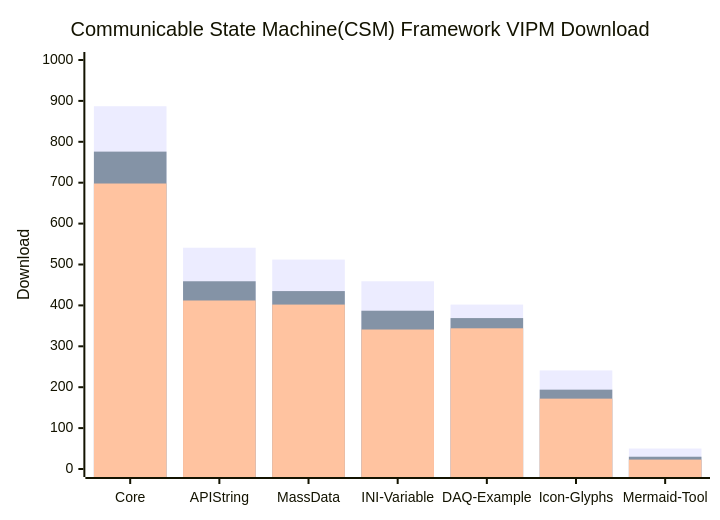
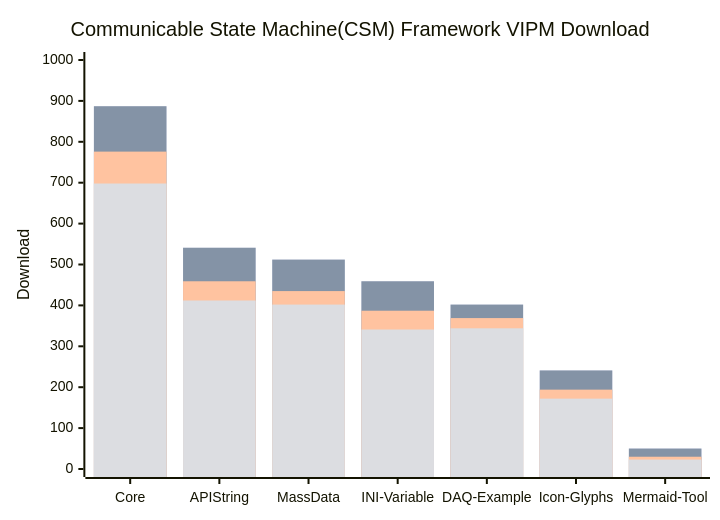
The diagram in profile/README.md (NEVSTOP-LAB/.github), drawn with Mermaid before and after one commit.

````diff
--- a/profile/README.md
+++ b/profile/README.md
@@ -27,9 +27,10 @@
 ```mermaid
     xychart-beta
     title "Communicable State Machine(CSM) Framework VIPM Download"
     x-axis [Core, API String, MassData, INI-Variable, DAQ-Example, Icon-Glyphs, Mermaid-Tool]
     y-axis "Download" 0 --> 1000
     bar   [887, 541, 512, 459, 402, 241, 50]
+    bar   [887, 541, 512, 459, 402, 241, 50]
     bar   [776, 459, 435, 387, 369, 194, 30]
     bar   [698, 412, 402, 341, 344, 172, 23]
 ```
````
